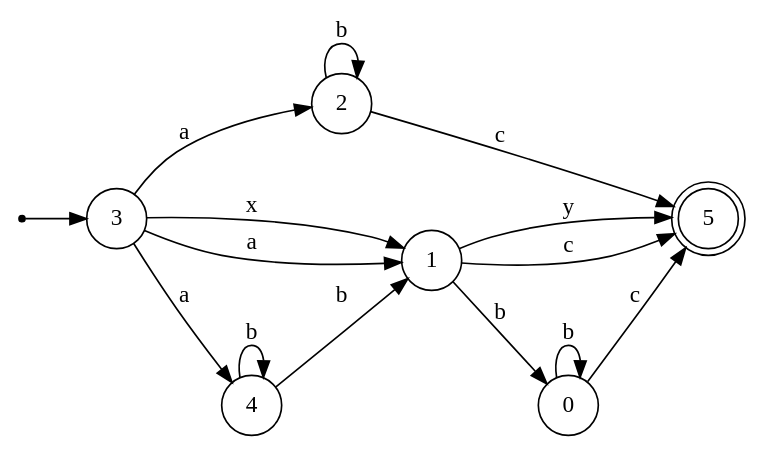
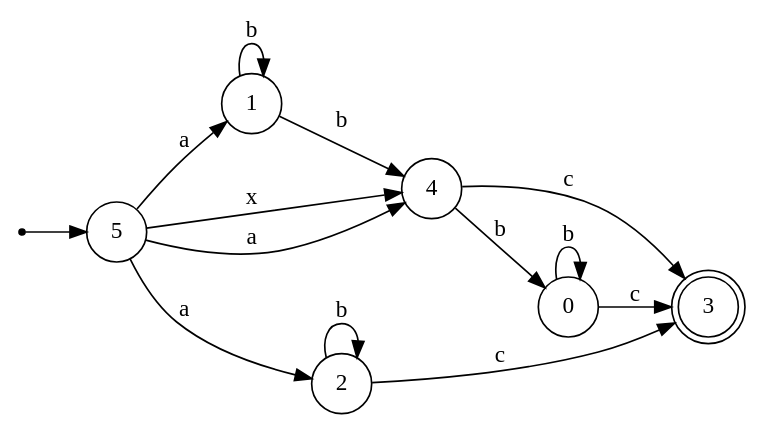
Before and after one commit to LeonardoDeFaveri/NFA-minimization: the diagram in minimized/pre1.gv, drawn with Graphviz. The commit also changed 11 other files, not shown here.

```diff
--- a/minimized/pre1.gv
+++ b/minimized/pre1.gv
@@ -1,25 +1,24 @@
 digraph {
 	rankdir = LR;
 	size = "30,20";
 	node [shape = point]; "dummy0"
-	node [shape = circle]; "3"
-	"dummy0" -> "3";
-	node [shape = doublecircle]; "5";
+	node [shape = circle]; "5"
+	"dummy0" -> "5";
+	node [shape = circle]; "0";
+	node [shape = circle]; "4";
 	node [shape = circle]; "2";
 	node [shape = circle]; "1";
-	node [shape = circle]; "4";
-	node [shape = circle]; "0";
+	node [shape = doublecircle]; "3";
 	"2" -> "2" [label = "b"];
-	"2" -> "5" [label = "c"];
-	"4" -> "4" [label = "b"];
-	"4" -> "1" [label = "b"];
-	"3" -> "1" [label = "x"];
-	"3" -> "2" [label = "a"];
-	"3" -> "1" [label = "a"];
-	"3" -> "4" [label = "a"];
-	"0" -> "5" [label = "c"];
+	"2" -> "3" [label = "c"];
+	"5" -> "4" [label = "x"];
+	"5" -> "4" [label = "a"];
+	"5" -> "1" [label = "a"];
+	"5" -> "2" [label = "a"];
+	"1" -> "4" [label = "b"];
+	"1" -> "1" [label = "b"];
 	"0" -> "0" [label = "b"];
-	"1" -> "0" [label = "b"];
-	"1" -> "5" [label = "y"];
-	"1" -> "5" [label = "c"];
+	"0" -> "3" [label = "c"];
+	"4" -> "3" [label = "c"];
+	"4" -> "0" [label = "b"];
 }
```
